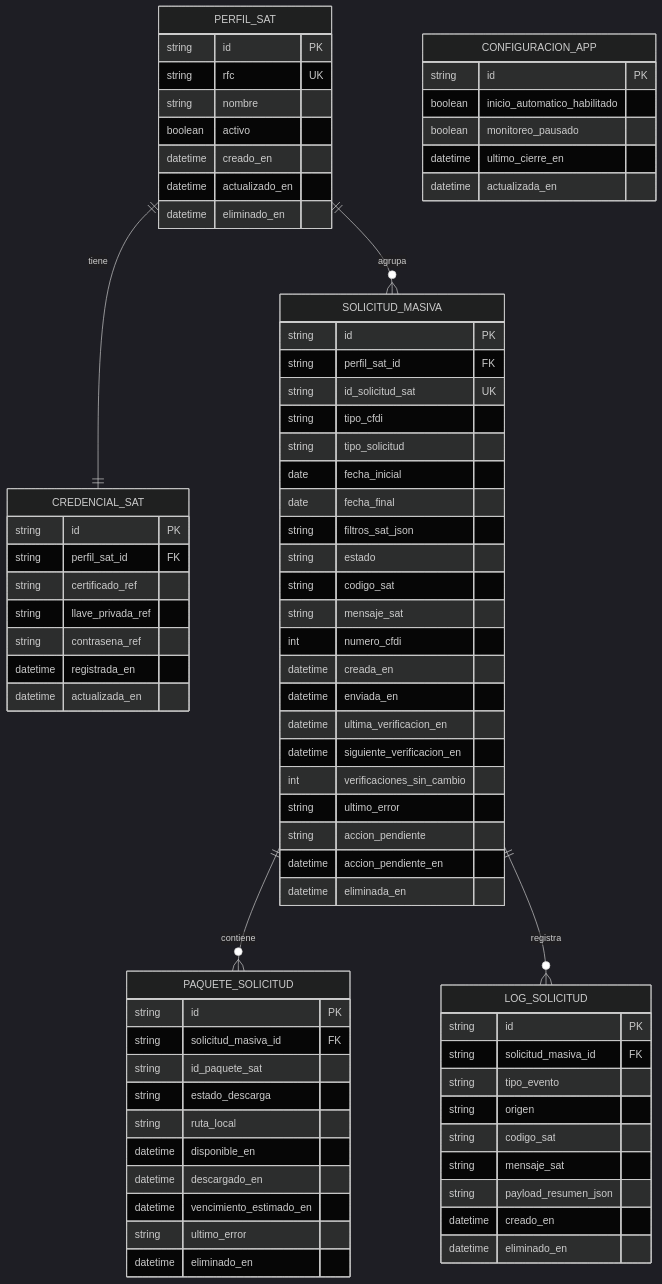
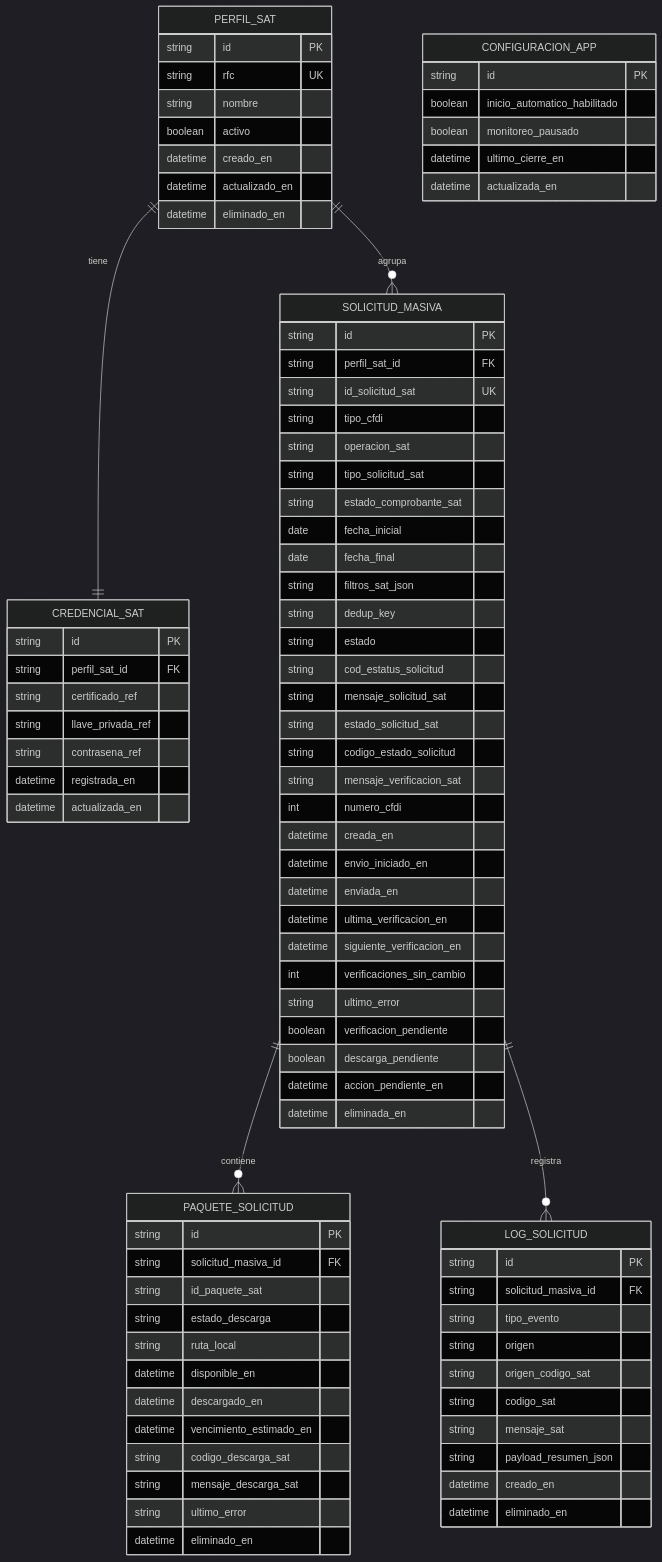
Before and after one commit to irritila/sat-cfdi-downloader: diagram 21 of 21 in docs/architecture.md, drawn with Mermaid (dark theme). The commit also changed other lines of this file and 14 other files, not shown here.

```diff
--- a/docs/architecture.md
+++ b/docs/architecture.md
@@ -1601,21 +1696,29 @@
         string perfil_sat_id FK
         string id_solicitud_sat UK
         string tipo_cfdi
-        string tipo_solicitud
+        string operacion_sat
+        string tipo_solicitud_sat
+        string estado_comprobante_sat
         date fecha_inicial
         date fecha_final
         string filtros_sat_json
+        string dedup_key
         string estado
-        string codigo_sat
-        string mensaje_sat
+        string cod_estatus_solicitud
+        string mensaje_solicitud_sat
+        string estado_solicitud_sat
+        string codigo_estado_solicitud
+        string mensaje_verificacion_sat
         int numero_cfdi
         datetime creada_en
+        datetime envio_iniciado_en
         datetime enviada_en
         datetime ultima_verificacion_en
         datetime siguiente_verificacion_en
         int verificaciones_sin_cambio
         string ultimo_error
-        string accion_pendiente
+        boolean verificacion_pendiente
+        boolean descarga_pendiente
         datetime accion_pendiente_en
         datetime eliminada_en
     }
@@ -1629,6 +1732,8 @@
         datetime disponible_en
         datetime descargado_en
         datetime vencimiento_estimado_en
+        string codigo_descarga_sat
+        string mensaje_descarga_sat
         string ultimo_error
         datetime eliminado_en
     }
@@ -1638,6 +1743,7 @@
         string solicitud_masiva_id FK
         string tipo_evento
         string origen
+        string origen_codigo_sat
         string codigo_sat
         string mensaje_sat
         string payload_resumen_json
```
